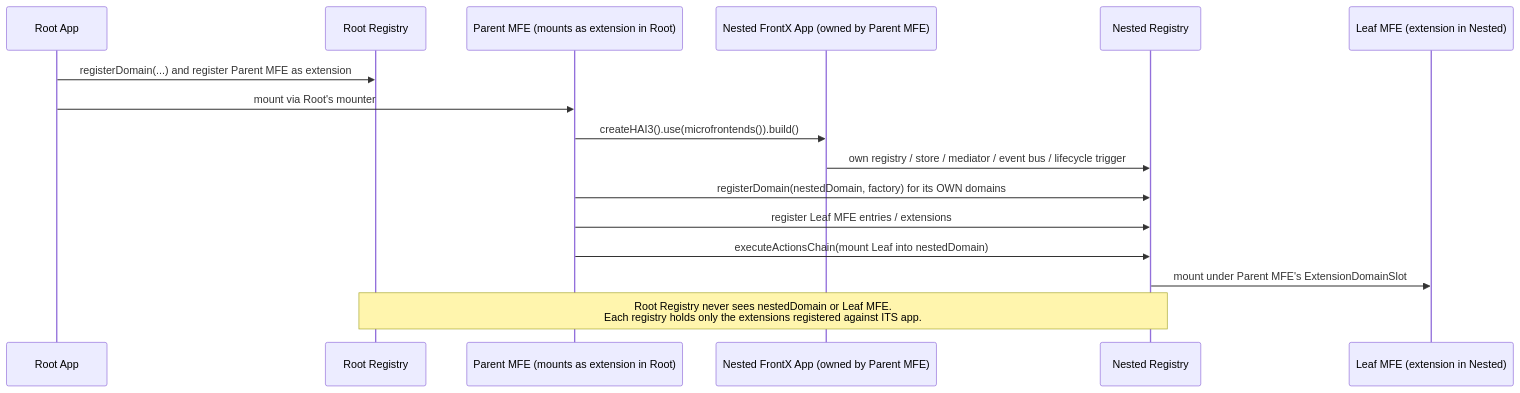
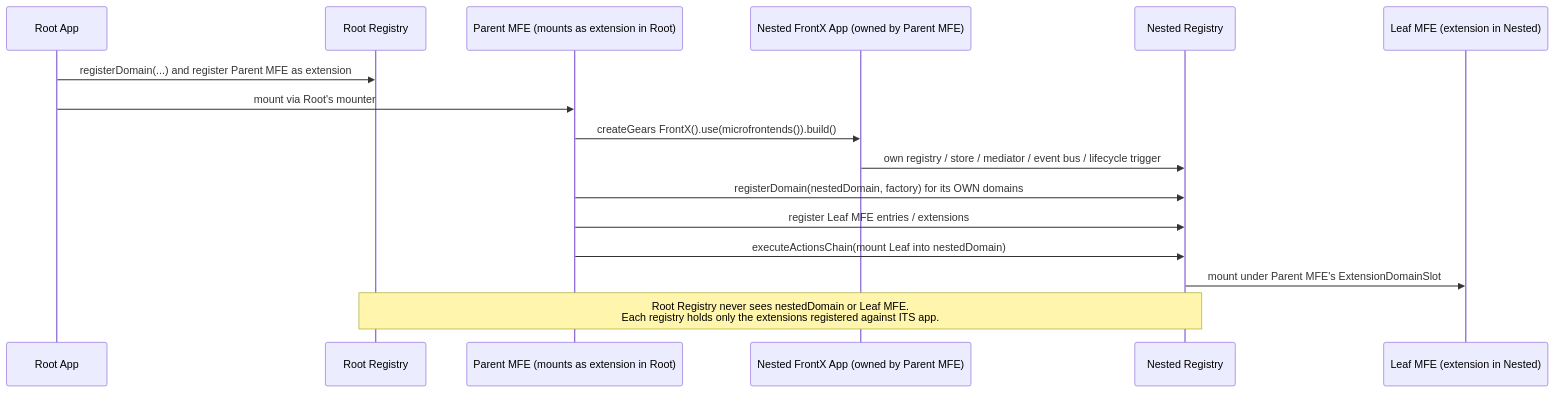
Before and after one commit to constructorfabric/gears-frontx: the ninth of 9 diagrams in architecture/DESIGN.md, drawn with Mermaid. The commit also changed other lines of this file and 348 other files, not shown here.

````diff
--- a/architecture/DESIGN.md
+++ b/architecture/DESIGN.md
@@ -1092,19 +1092,19 @@
 ```mermaid
 sequenceDiagram
     participant RootApp as Root App
     participant RootReg as Root Registry
     participant ParentMfe as Parent MFE (mounts as extension in Root)
     participant NestedApp as Nested FrontX App (owned by Parent MFE)
     participant NestedReg as Nested Registry
     participant LeafMfe as Leaf MFE (extension in Nested)
 
     RootApp->>RootReg: registerDomain(...) and register Parent MFE as extension
     RootApp->>ParentMfe: mount via Root's mounter
-    ParentMfe->>NestedApp: createHAI3().use(microfrontends()).build()
+    ParentMfe->>NestedApp: createGears FrontX().use(microfrontends()).build()
     NestedApp->>NestedReg: own registry / store / mediator / event bus / lifecycle trigger
     ParentMfe->>NestedReg: registerDomain(nestedDomain, factory) for its OWN domains
     ParentMfe->>NestedReg: register Leaf MFE entries / extensions
     ParentMfe->>NestedReg: executeActionsChain(mount Leaf into nestedDomain)
     NestedReg->>LeafMfe: mount under Parent MFE's ExtensionDomainSlot
     Note over RootReg,NestedReg: Root Registry never sees nestedDomain or Leaf MFE.<br/>Each registry holds only the extensions registered against ITS app.
 ```
````
